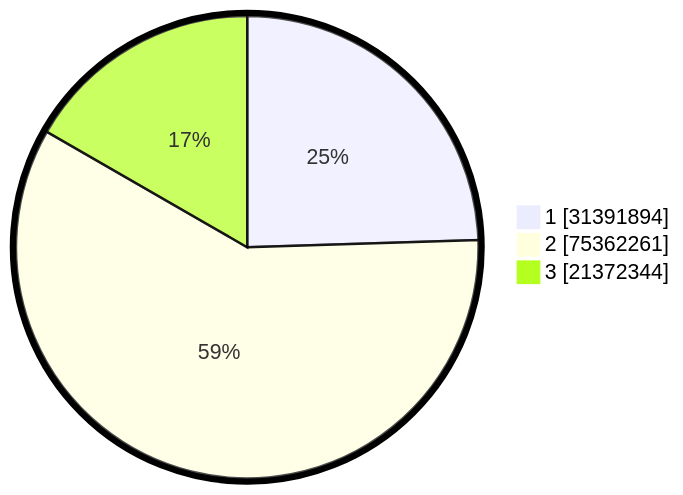
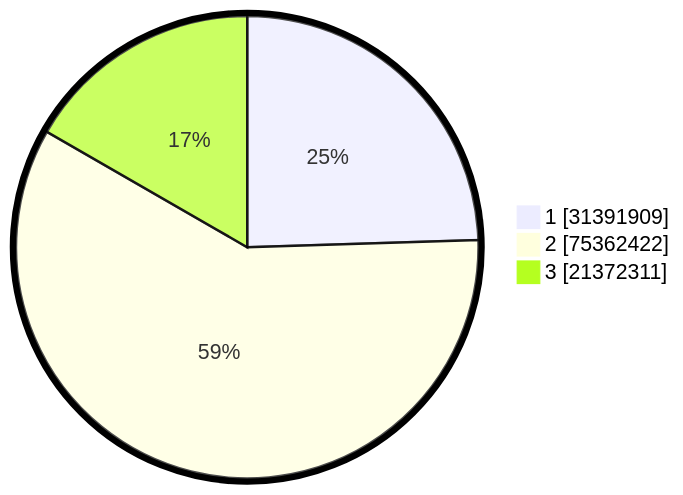
Before and after one commit to gigit-pemilu/pemilu-2024: the second of 2 diagrams in pilpres/hitung-suara/README.md, drawn with Mermaid. The commit also changed other lines of this file and 11 other files, not shown here.

````diff
--- a/pilpres/hitung-suara/README.md
+++ b/pilpres/hitung-suara/README.md
@@ -93,7 +93,7 @@
 ```mermaid
 %%{init: {"pie": {"textPosition": 0.5}, "themeVariables": {"pieOuterStrokeWidth": "5px"}} }%%
 pie showData
-    "1" : 31391894
-    "2" : 75362261
-    "3" : 21372344
+    "1" : 31391909
+    "2" : 75362422
+    "3" : 21372311
 ```
````
